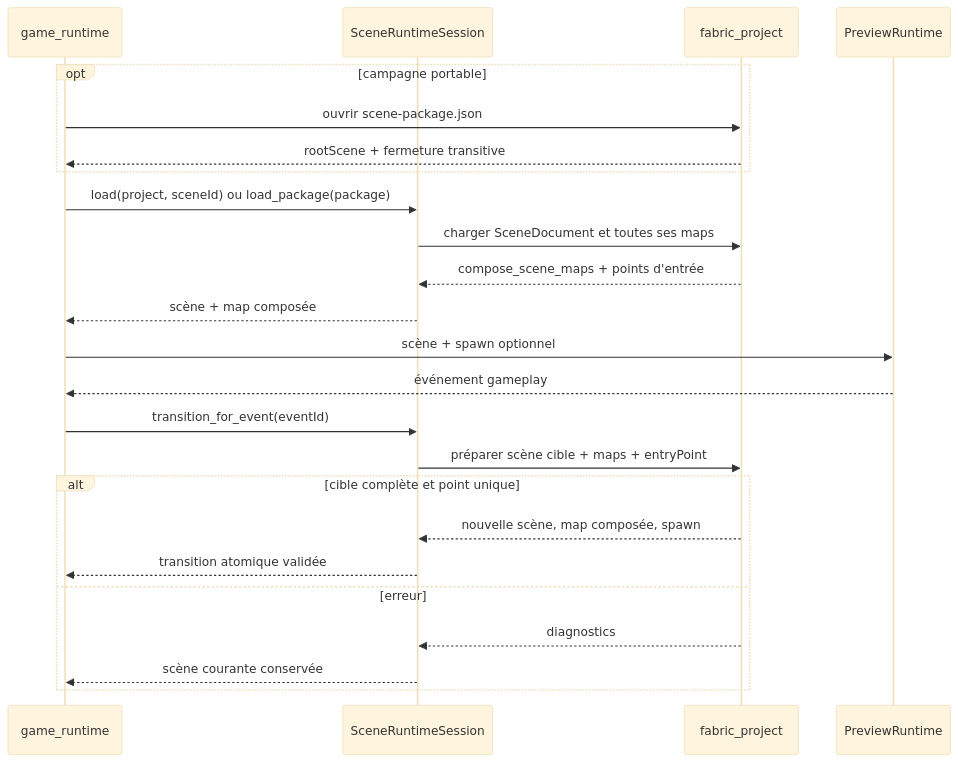
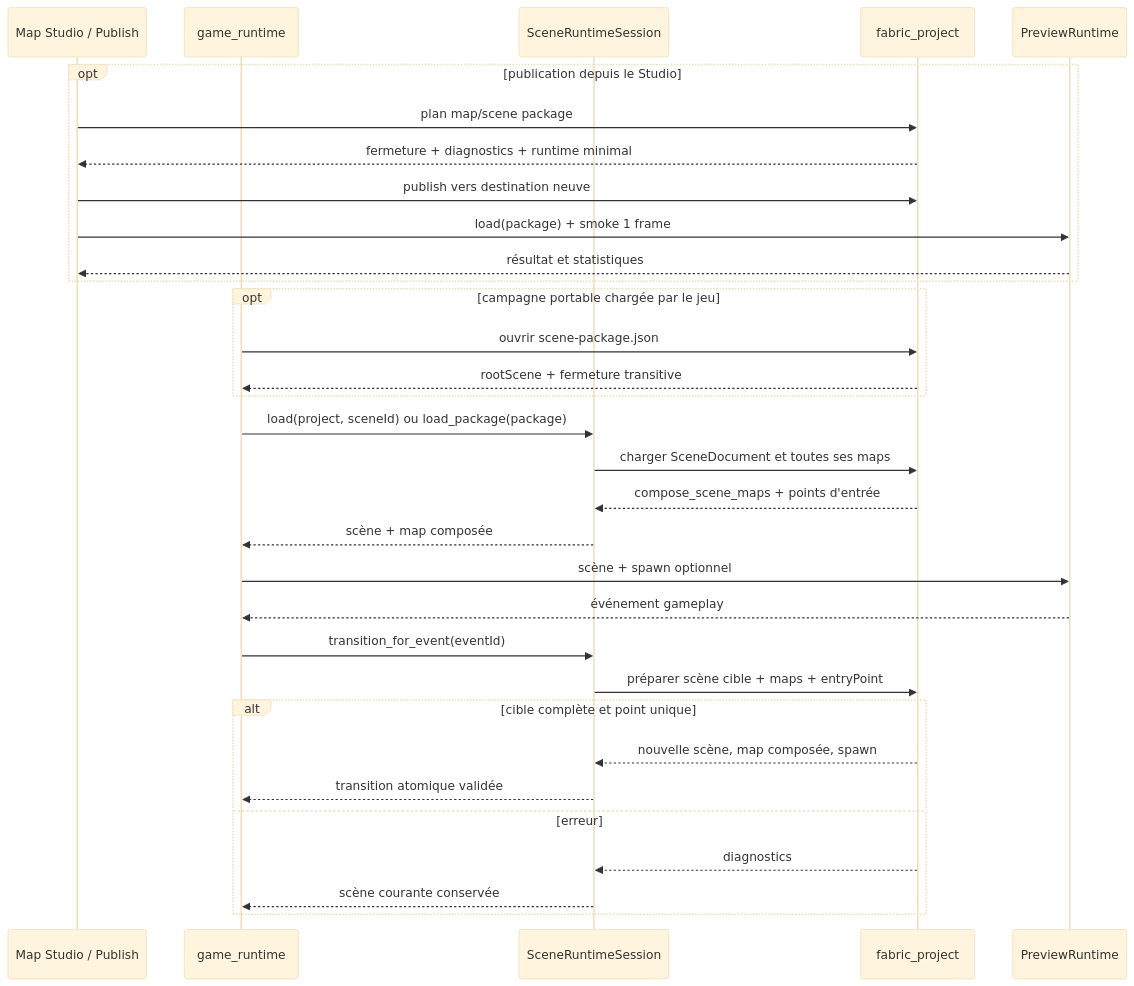
One commit to tristan-monticelli/vertex-loom changed the diagram in docs/architecture/flows/scene-composition-transition.md. Above: the diagram before and after it, drawn with Mermaid (base theme). The commit also changed other lines of this file and 12 other files, not shown here.

Commit message:
feat(map-studio): verify published runtime packages

````diff
--- a/docs/architecture/flows/scene-composition-transition.md
+++ b/docs/architecture/flows/scene-composition-transition.md
@@ -3,28 +3,37 @@
 ```mermaid
 sequenceDiagram
+    participant Studio as Map Studio / Publish
     participant Game as game_runtime
     participant Session as SceneRuntimeSession
     participant Project as fabric_project
     participant Preview as PreviewRuntime
 
-    opt campagne portable
+    opt publication depuis le Studio
+        Studio->>Project: plan map/scene package
+        Project-->>Studio: fermeture + diagnostics + runtime minimal
+        Studio->>Project: publish vers destination neuve
+        Studio->>Preview: load(package) + smoke 1 frame
+        Preview-->>Studio: résultat et statistiques
+    end
+
+    opt campagne portable chargée par le jeu
         Game->>Project: ouvrir scene-package.json
         Project-->>Game: rootScene + fermeture transitive
     end
 
     Game->>Session: load(project, sceneId) ou load_package(package)
     Session->>Project: charger SceneDocument et toutes ses maps
     Project-->>Session: compose_scene_maps + points d'entrée
     Session-->>Game: scène + map composée
     Game->>Preview: scène + spawn optionnel
     Preview-->>Game: événement gameplay
     Game->>Session: transition_for_event(eventId)
     Session->>Project: préparer scène cible + maps + entryPoint
     alt cible complète et point unique
         Project-->>Session: nouvelle scène, map composée, spawn
         Session-->>Game: transition atomique validée
     else erreur
         Project-->>Session: diagnostics
         Session-->>Game: scène courante conservée
     end
 ```
````
